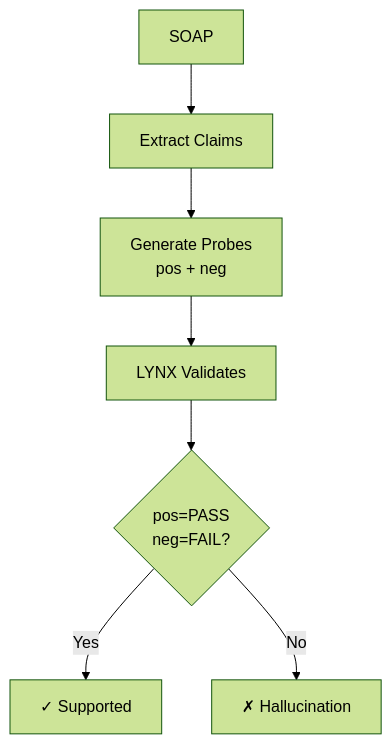
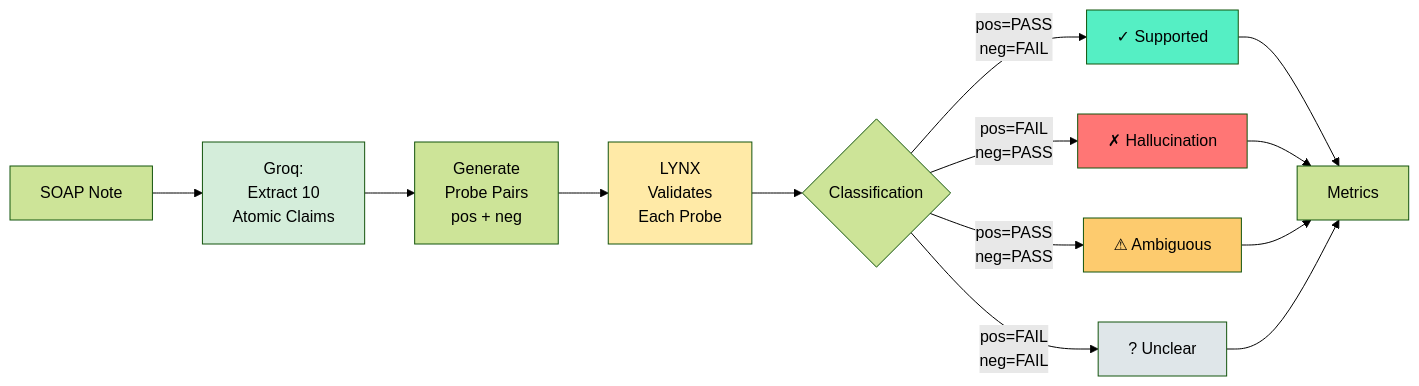
Before and after one commit to snehitvaddi/SOAP-QualitySuite: the third of 3 diagrams in README.md, drawn with Mermaid (forest theme). The commit also changed other lines of this file, not shown here.

````diff
--- a/README.md
+++ b/README.md
@@ -143,9 +194,24 @@
 ```mermaid
-graph TB
-    A[SOAP] --> B[Extract Claims]
-    B --> C[Generate Probes<br/>pos + neg]
-    C --> D[LYNX Validates]
-    D --> E{pos=PASS<br/>neg=FAIL?}
-    E -->|Yes| F[✓ Supported]
-    E -->|No| G[✗ Hallucination]
+graph LR
+    A[SOAP Note] --> B[Groq:<br/>Extract 10<br/>Atomic Claims]
+    B --> C[Generate<br/>Probe Pairs<br/>pos + neg]
+    C --> D[LYNX<br/>Validates<br/>Each Probe]
+    D --> E{Classification}
+    
+    E -->|pos=PASS<br/>neg=FAIL| F[✓ Supported]
+    E -->|pos=FAIL<br/>neg=PASS| G[✗ Hallucination]
+    E -->|pos=PASS<br/>neg=PASS| H[⚠ Ambiguous]
+    E -->|pos=FAIL<br/>neg=FAIL| I[? Unclear]
+    
+    F --> J[Metrics]
+    G --> J
+    H --> J
+    I --> J
+    
+    style B fill:#d4edda
+    style D fill:#ffeaa7
+    style F fill:#55efc4
+    style G fill:#ff7675
+    style H fill:#fdcb6e
+    style I fill:#dfe6e9
 ```
````
